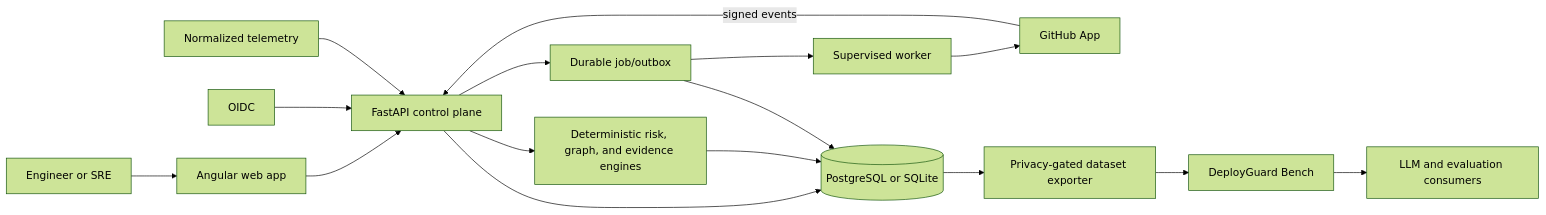
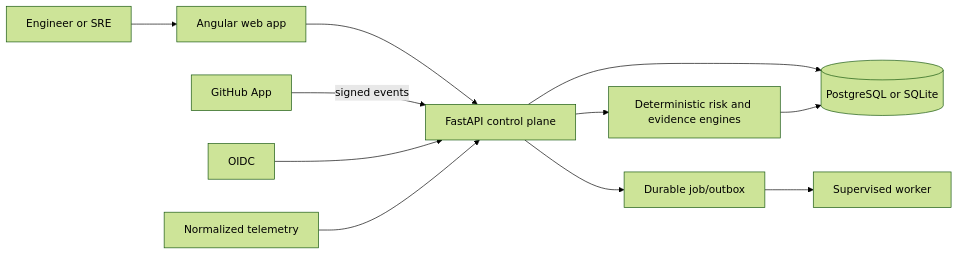
The second of 2 diagrams in README.md (kingggg5/deployguardai), drawn with Mermaid (forest theme) before and after one commit. The commit also changed other lines of this file and 32 other files, not shown here.

````diff
--- a/README.md
+++ b/README.md
@@ -105,18 +99,13 @@
 ```mermaid
 flowchart LR
     User["Engineer or SRE"] --> Web["Angular web app"]
     Web --> API["FastAPI control plane"]
     GitHub["GitHub App"] -->|"signed events"| API
     OIDC["OIDC"] --> API
     Telemetry["Normalized telemetry"] --> API
-    API --> Engines["Deterministic risk, graph, and evidence engines"]
+    API --> Engines["Deterministic risk and evidence engines"]
     API --> Jobs["Durable job/outbox"]
     Jobs --> Worker["Supervised worker"]
-    Worker --> GitHub
     API --> DB[("PostgreSQL or SQLite")]
     Engines --> DB
-    Jobs --> DB
-    DB --> Export["Privacy-gated dataset exporter"]
-    Export --> Bench["DeployGuard Bench"]
-    Bench --> AI["LLM and evaluation consumers"]
 ```
````
